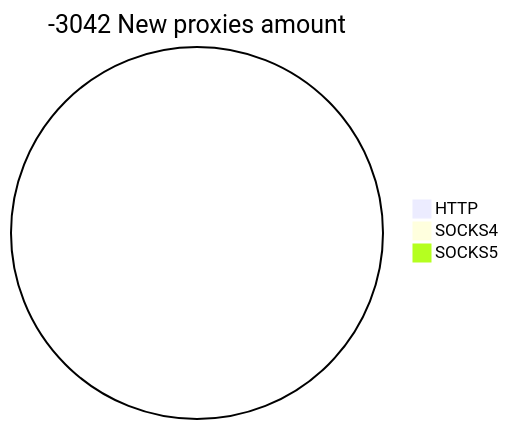
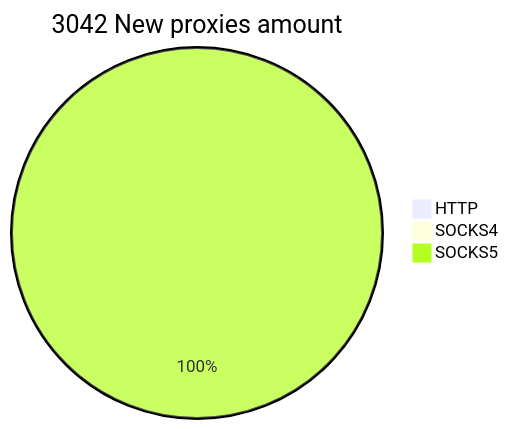
The second of 2 diagrams in README.md (cutipu/proxylist), drawn with Mermaid before and after one commit. The commit also changed other lines of this file, not shown here.

````diff
--- a/README.md
+++ b/README.md
@@ -10,6 +10,6 @@
 ```mermaid
-pie title -3042 New proxies amount
+pie title 3042 New proxies amount
     "HTTP" : 0
     "SOCKS4" : 0
-    "SOCKS5" : 0
+    "SOCKS5" : 3043
 ```
````
